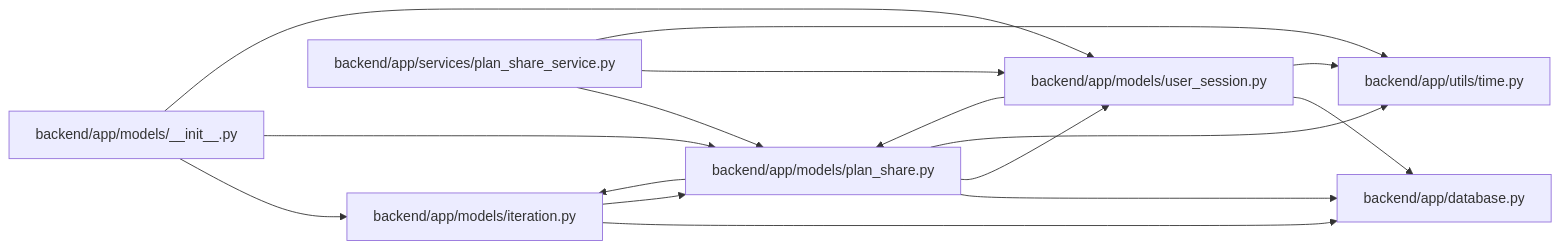
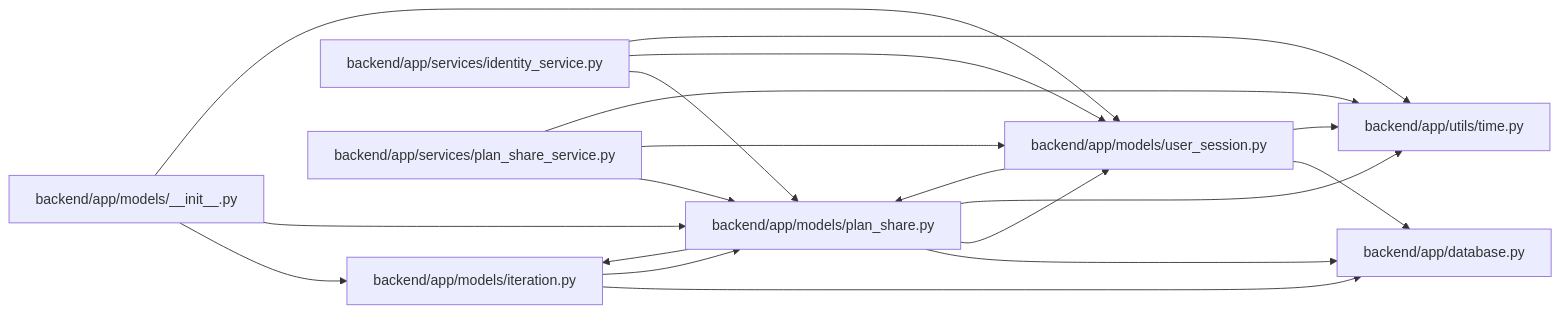
One commit to Denissvgn/WorkChord changed the diagram in docs/llm_wiki/modules/models_plan_share.md. Above: the diagram before and after it, drawn with Mermaid. The commit also changed other lines of this file and 25171 other files, not shown here.

````diff
--- a/docs/llm_wiki/modules/models_plan_share.md
+++ b/docs/llm_wiki/modules/models_plan_share.md
@@ -25,32 +25,37 @@
 ```mermaid
 flowchart LR
     n0["backend/app/database.py"]
     n1["backend/app/models/__init__.py"]
     n2["backend/app/models/iteration.py"]
     n3["backend/app/models/plan_share.py"]
     n4["backend/app/models/user_session.py"]
-    n5["backend/app/services/plan_share_service.py"]
-    n6["backend/app/utils/time.py"]
+    n5["backend/app/services/identity_service.py"]
+    n6["backend/app/services/plan_share_service.py"]
+    n7["backend/app/utils/time.py"]
     n1 --> n2
     n1 --> n3
     n1 --> n4
     n2 --> n0
     n2 --> n3
     n3 --> n0
     n3 --> n2
     n3 --> n4
-    n3 --> n6
+    n3 --> n7
     n4 --> n0
     n4 --> n3
-    n4 --> n6
+    n4 --> n7
     n5 --> n3
     n5 --> n4
-    n5 --> n6
+    n5 --> n7
+    n6 --> n3
+    n6 --> n4
+    n6 --> n7
     click n0 "../modules/app_database.md"
     click n1 "../modules/models___init__.md"
     click n2 "../modules/models_iteration.md"
     click n3 "../modules/models_plan_share.md"
     click n4 "../modules/user_session.md"
-    click n5 "../modules/plan_share_service.md"
-    click n6 "../modules/time.md"
+    click n5 "../modules/identity_service.md"
+    click n6 "../modules/plan_share_service.md"
+    click n7 "../modules/time.md"
 ```
````
